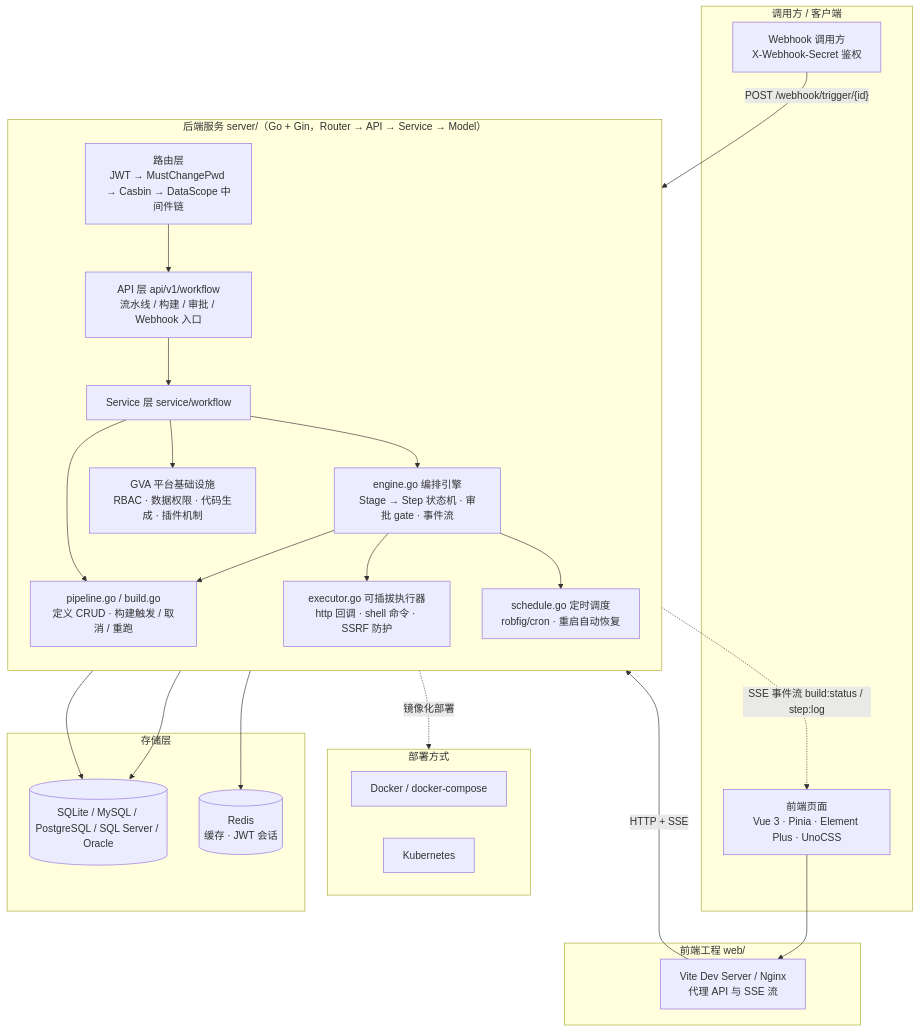
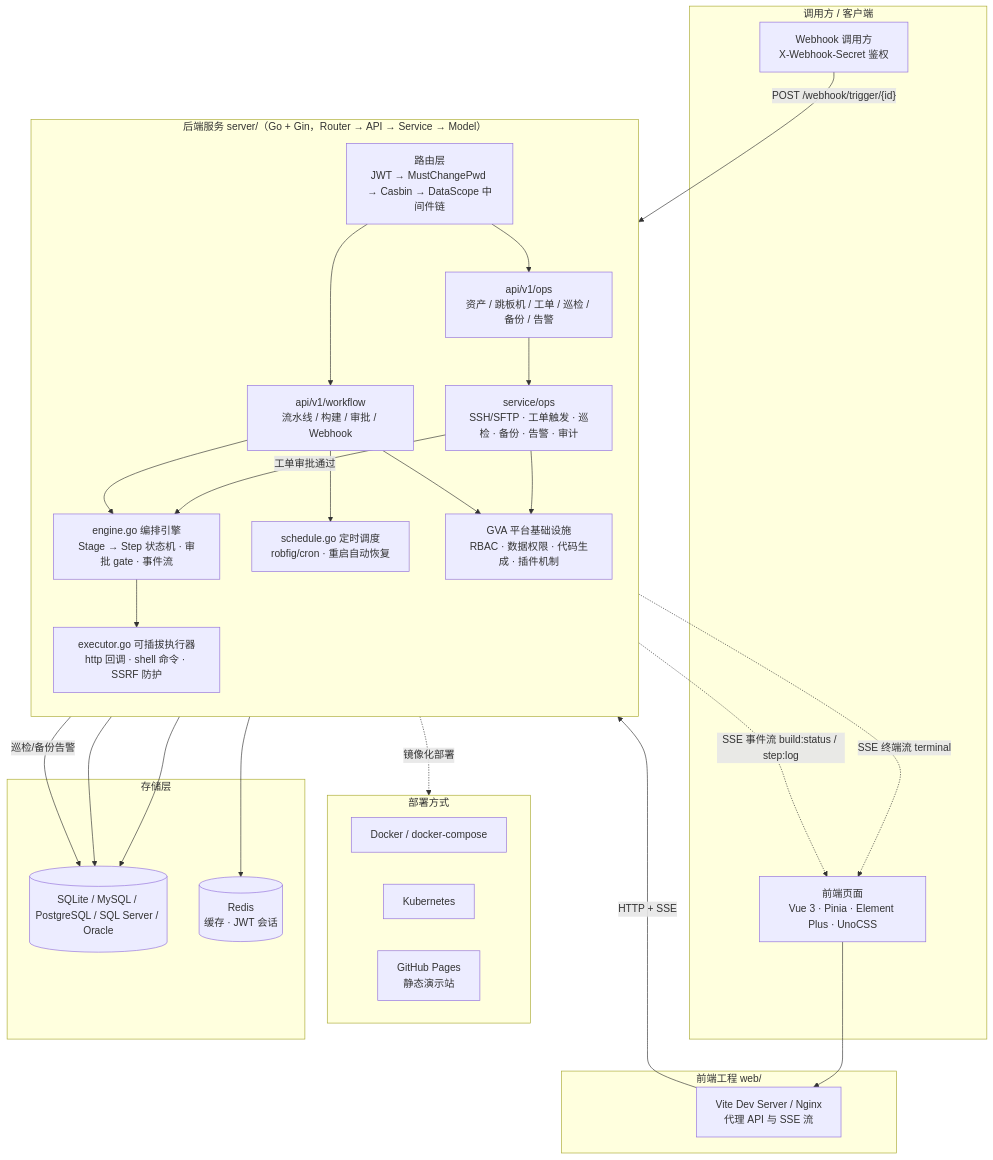
The diagram in README.md (hequan2017/new-jenkins), drawn with Mermaid before and after one commit. The commit also changed other lines of this file and 35 other files, not shown here.

````diff
--- a/README.md
+++ b/README.md
@@ -231,50 +305,54 @@
 ```mermaid
 flowchart TB
     subgraph Client["调用方 / 客户端"]
         UI["前端页面<br>Vue 3 · Pinia · Element Plus · UnoCSS"]
         WU["Webhook 调用方<br>X-Webhook-Secret 鉴权"]
     end
 
     subgraph Web["前端工程 web/"]
         VITE["Vite Dev Server / Nginx<br>代理 API 与 SSE 流"]
     end
 
     subgraph Server["后端服务 server/（Go + Gin，Router → API → Service → Model）"]
         direction TB
         ROUTER["路由层<br>JWT → MustChangePwd → Casbin → DataScope 中间件链"]
-        API["API 层 api/v1/workflow<br>流水线 / 构建 / 审批 / Webhook 入口"]
-        SVC["Service 层 service/workflow"]
+        WFAPI["api/v1/workflow<br>流水线 / 构建 / 审批 / Webhook"]
+        OPSAPI["api/v1/ops<br>资产 / 跳板机 / 工单 / 巡检 / 备份 / 告警"]
         ENGINE["engine.go 编排引擎<br>Stage → Step 状态机 · 审批 gate · 事件流"]
         EXEC["executor.go 可插拔执行器<br>http 回调 · shell 命令 · SSRF 防护"]
         SCHED["schedule.go 定时调度<br>robfig/cron · 重启自动恢复"]
-        CRUD["pipeline.go / build.go<br>定义 CRUD · 构建触发 / 取消 / 重跑"]
+        OPS["service/ops<br>SSH/SFTP · 工单触发 · 巡检 · 备份 · 告警 · 审计"]
         GVA["GVA 平台基础设施<br>RBAC · 数据权限 · 代码生成 · 插件机制"]
     end
 
     subgraph Store["存储层"]
         DB[("SQLite / MySQL / PostgreSQL / SQL Server / Oracle")]
         REDIS[("Redis<br>缓存 · JWT 会话")]
     end
 
     subgraph Deploy["部署方式"]
         DOCKER["Docker / docker-compose"]
         K8S["Kubernetes"]
+        PAGES["GitHub Pages<br>静态演示站"]
     end
 
     UI --> VITE
     VITE -->|HTTP + SSE| ROUTER
-    WU -->|"POST /webhook/trigger/{id}"| API
-    ROUTER --> API
-    API --> SVC
-    SVC --> ENGINE
-    SVC --> CRUD
+    WU -->|"POST /webhook/trigger/{id}"| WFAPI
+    ROUTER --> WFAPI
+    ROUTER --> OPSAPI
+    WFAPI --> ENGINE
+    WFAPI --> SCHED
+    OPSAPI --> OPS
     ENGINE --> EXEC
-    ENGINE --> SCHED
-    ENGINE --> CRUD
+    OPS -->|"工单审批通过"| ENGINE
+    OPS -->|"巡检/备份告警"| DB
+    ENGINE --> DB
+    OPS --> DB
+    WFAPI --> GVA
+    OPS --> GVA
+    WFAPI --> REDIS
     ENGINE -.->|"SSE 事件流 build:status / step:log"| UI
-    SVC --> GVA
-    CRUD --> DB
-    EXEC --> DB
-    SVC --> REDIS
+    OPS -.->|"SSE 终端流 terminal"| UI
     Server -.->|镜像化部署| Deploy
 ```
````
